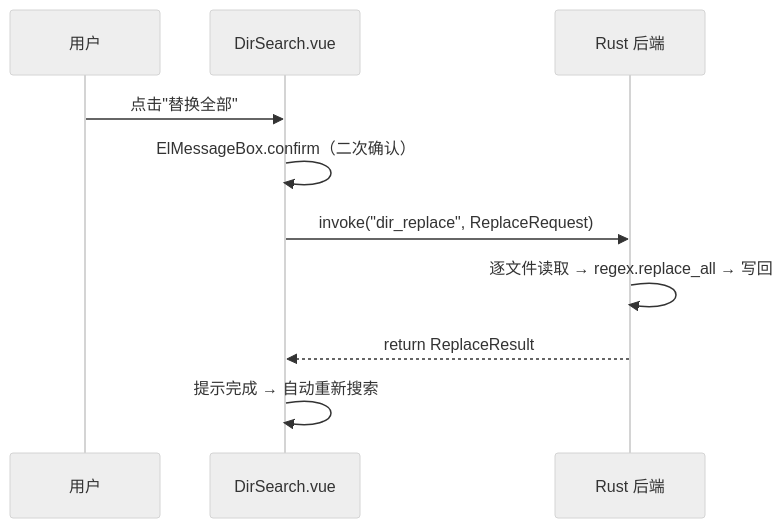
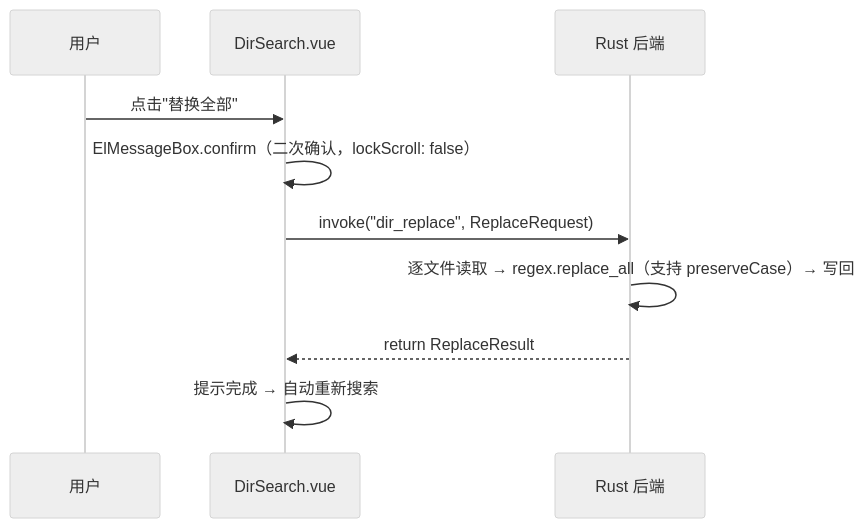
One commit to miaotouy/aio-hub changed the second of 4 diagrams in src/tools/dir-search/ARCHITECTURE.md. Above: the diagram before and after it, drawn with Mermaid (neutral theme). The commit also changed other lines of this file, not shown here.

````diff
--- a/src/tools/dir-search/ARCHITECTURE.md
+++ b/src/tools/dir-search/ARCHITECTURE.md
@@ -106,13 +119,13 @@
 ```mermaid
 sequenceDiagram
     participant User as 用户
     participant UI as DirSearch.vue
     participant Rust as Rust 后端
 
     User->>UI: 点击"替换全部"
-    UI->>UI: ElMessageBox.confirm（二次确认）
+    UI->>UI: ElMessageBox.confirm（二次确认，lockScroll: false）
     UI->>Rust: invoke("dir_replace", ReplaceRequest)
-    Rust->>Rust: 逐文件读取 → regex.replace_all → 写回
+    Rust->>Rust: 逐文件读取 → regex.replace_all（支持 preserveCase）→ 写回
     Rust-->>UI: return ReplaceResult
     UI->>UI: 提示完成 → 自动重新搜索
 ```
````
